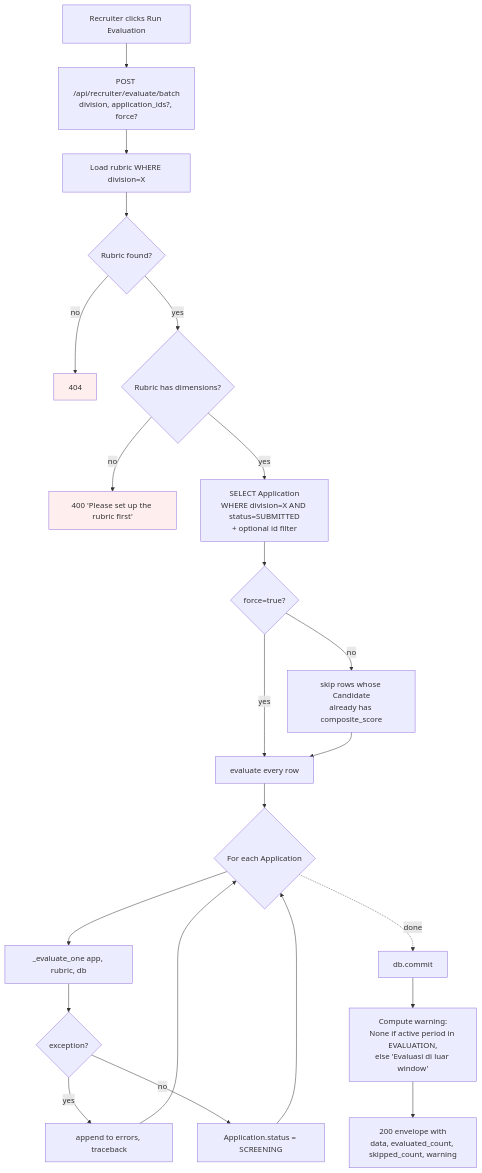
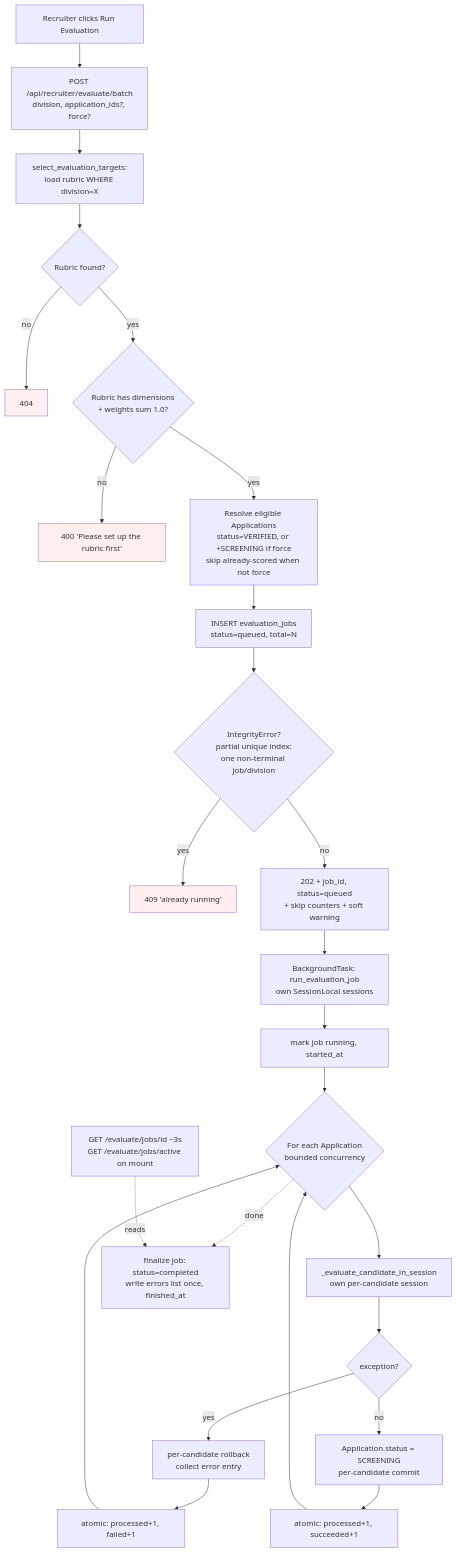
The ninth of 12 diagrams in docs/FLOW_DIAGRAMS.md (istgrudd/screenai-lab), drawn with Mermaid before and after one commit. The commit also changed other lines of this file and 1 other file, not shown here.

Commit message:
docs(evaluation): Phase 2 implementation report + flow diagram
Add docs/reports/phase_2_evaluation_jobs_report.md (goal verification,
data model/migration, endpoint + runner mechanics, counter transactionality,
real test results, deviations, Phase 3 readiness). Update the batch-evaluation
flowchart in FLOW_DIAGRAMS.md from the inline 200 path to the 202 + job +
background-runner + polling path.

````diff
--- a/docs/FLOW_DIAGRAMS.md
+++ b/docs/FLOW_DIAGRAMS.md
@@ -386,30 +390,35 @@
 ```mermaid
 flowchart TD
     A[Recruiter clicks Run Evaluation] --> B[POST /api/recruiter/evaluate/batch<br/>division, application_ids?, force?]
-    B --> C[Load rubric WHERE division=X]
+    B --> C[select_evaluation_targets:<br/>load rubric WHERE division=X]
     C --> D{Rubric found?}
     D -- no --> E[404]
-    D -- yes --> F{Rubric has dimensions?}
+    D -- yes --> F{Rubric has dimensions<br/>+ weights sum 1.0?}
     F -- no --> G[400 'Please set up the rubric first']
-    F -- yes --> H[SELECT Application<br/>WHERE division=X AND status=SUBMITTED<br/>+ optional id filter]
+    F -- yes --> H[Resolve eligible Applications<br/>status=VERIFIED, or +SCREENING if force<br/>skip already-scored when not force]
 
-    H --> I{force=true?}
-    I -- yes --> K[evaluate every row]
-    I -- no --> J[skip rows whose Candidate<br/>already has composite_score]
+    H --> I[INSERT evaluation_jobs<br/>status=queued, total=N]
+    I --> I2{IntegrityError?<br/>partial unique index:<br/>one non-terminal job/division}
+    I2 -- yes --> I3[409 'already running']
+    I2 -- no --> J[202 + job_id, status=queued<br/>+ skip counters + soft warning]
+    J --> BG[BackgroundTask: run_evaluation_job<br/>own SessionLocal sessions]
 
-    J --> K
-    K --> L{For each Application}
-    L --> M[_evaluate_one app, rubric, db]
+    BG --> K[mark job running, started_at]
+    K --> L{For each Application<br/>bounded concurrency}
+    L --> M[_evaluate_candidate_in_session<br/>own per-candidate session]
     M --> N{exception?}
-    N -- yes --> O[append to errors, traceback]
-    N -- no --> P[Application.status = SCREENING]
-    O --> L
-    P --> L
+    N -- yes --> O[per-candidate rollback<br/>collect error entry]
+    N -- no --> P[Application.status = SCREENING<br/>per-candidate commit]
+    O --> INC[atomic: processed+1, failed+1]
+    P --> INC2[atomic: processed+1, succeeded+1]
+    INC --> L
+    INC2 --> L
 
-    L -. done .-> Q[db.commit]
-    Q --> R[Compute warning:<br/>None if active period in EVALUATION,<br/>else 'Evaluasi di luar window']
-    R --> S[200 envelope with<br/>data, evaluated_count, skipped_count, warning]
+    L -. done .-> Q[finalize job: status=completed<br/>write errors list once, finished_at]
+
+    POLL[GET /evaluate/jobs/id ~3s<br/>GET /evaluate/jobs/active on mount] -. reads .-> Q
 
     style E fill:#fee
     style G fill:#fee
+    style I3 fill:#fee
 ```
````
